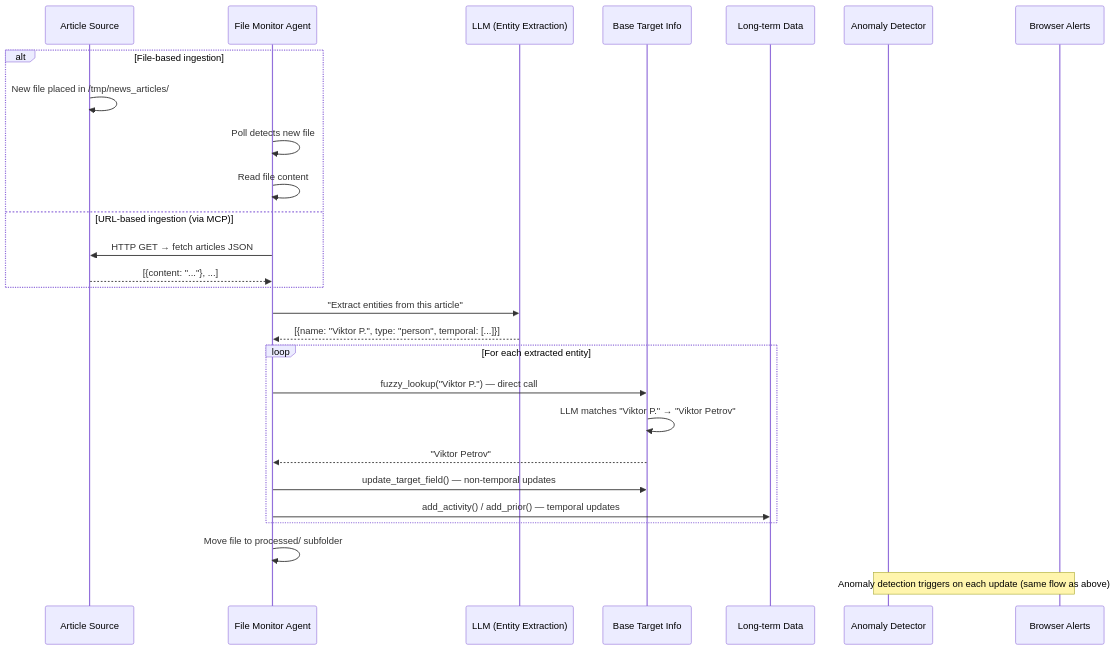
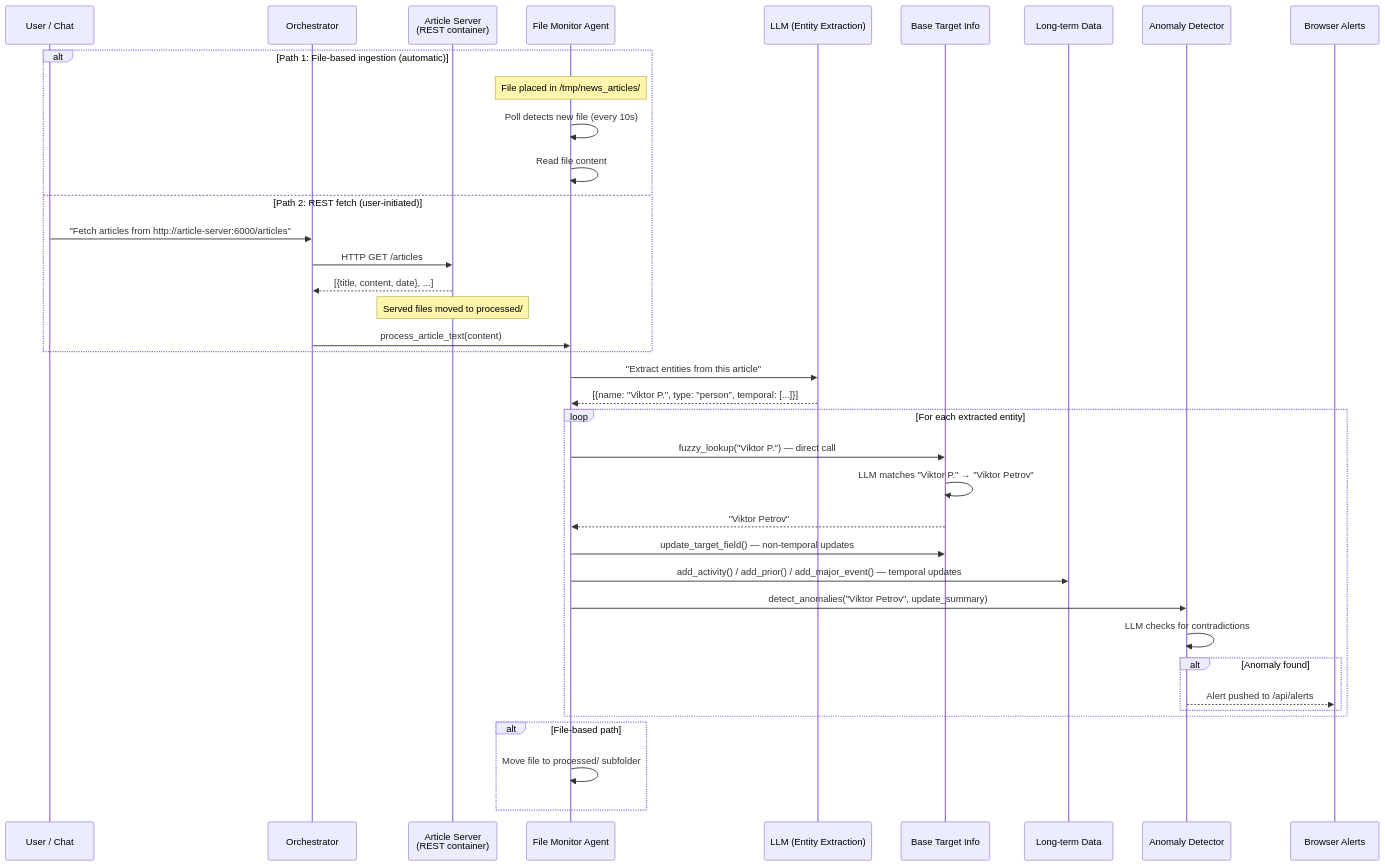
The fifth of 6 diagrams in docs/architecture.md (charliel30/target_tracker), drawn with Mermaid before and after one commit. The commit also changed other lines of this file and 1 other file, not shown here.

First line of the commit message:
Update docs for article server, end-to-end test, and anomaly detection changes

````diff
--- a/docs/architecture.md
+++ b/docs/architecture.md
@@ -302,35 +319,45 @@
 ```mermaid
 sequenceDiagram
-    participant Source as Article Source
+    participant User as User / Chat
+    participant Orch as Orchestrator
+    participant ArtSrv as Article Server<br/>(REST container)
     participant FM as File Monitor Agent
     participant LLM as LLM (Entity Extraction)
     participant BTI as Base Target Info
     participant LTD as Long-term Data
     participant AD as Anomaly Detector
     participant UI as Browser Alerts
 
-    alt File-based ingestion
-        Source->>Source: New file placed in /tmp/news_articles/
-        FM->>FM: Poll detects new file
+    alt Path 1: File-based ingestion (automatic)
+        Note over FM: File placed in /tmp/news_articles/
+        FM->>FM: Poll detects new file (every 10s)
         FM->>FM: Read file content
-    else URL-based ingestion (via MCP)
-        FM->>Source: HTTP GET → fetch articles JSON
-        Source-->>FM: [{content: "..."}, ...]
+    else Path 2: REST fetch (user-initiated)
+        User->>Orch: "Fetch articles from http://article-server:6000/articles"
+        Orch->>ArtSrv: HTTP GET /articles
+        ArtSrv-->>Orch: [{title, content, date}, ...]
+        Note over ArtSrv: Served files moved to processed/
+        Orch->>FM: process_article_text(content)
     end
 
     FM->>LLM: "Extract entities from this article"
     LLM-->>FM: [{name: "Viktor P.", type: "person", temporal: [...]}]
 
     loop For each extracted entity
         FM->>BTI: fuzzy_lookup("Viktor P.") — direct call
         BTI->>BTI: LLM matches "Viktor P." → "Viktor Petrov"
         BTI-->>FM: "Viktor Petrov"
 
         FM->>BTI: update_target_field() — non-temporal updates
-        FM->>LTD: add_activity() / add_prior() — temporal updates
+        FM->>LTD: add_activity() / add_prior() / add_major_event() — temporal updates
+        FM->>AD: detect_anomalies("Viktor Petrov", update_summary)
+        AD->>AD: LLM checks for contradictions
+        alt Anomaly found
+            AD-->>UI: Alert pushed to /api/alerts
+        end
     end
 
-    FM->>FM: Move file to processed/ subfolder
-
-    Note over AD,UI: Anomaly detection triggers on each update (same flow as above)
+    alt File-based path
+        FM->>FM: Move file to processed/ subfolder
+    end
 ```
````
